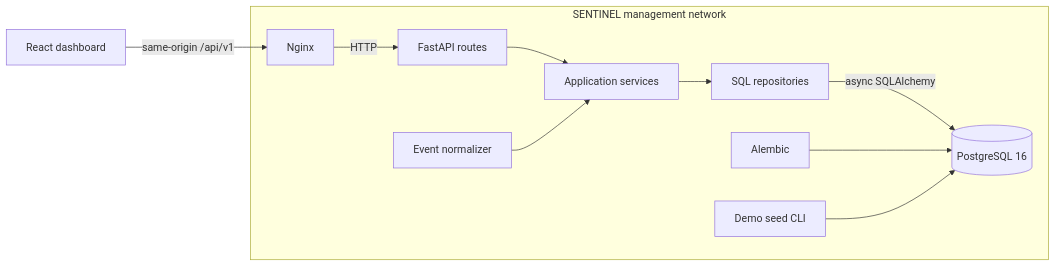
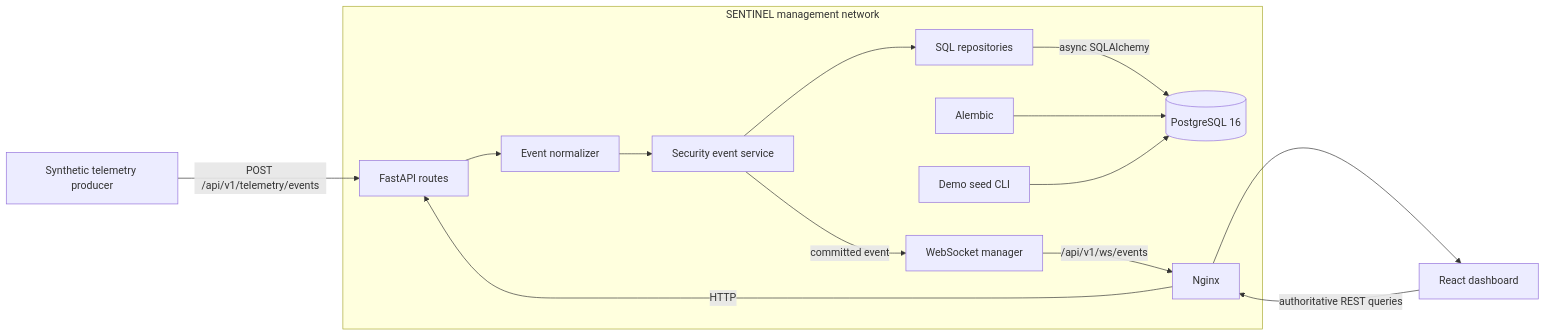
Before and after one commit to Mayroskapnos/sentinel-security-platform: the first of 4 diagrams in docs/architecture.md, drawn with Mermaid. The commit also changed other lines of this file and 38 other files, not shown here.

Commit message:
feat: implement live telemetry and WebSocket streaming

````diff
--- a/docs/architecture.md
+++ b/docs/architecture.md
@@ -7,22 +7,27 @@
 ```mermaid
 flowchart LR
-    Browser[React dashboard] -->|same-origin /api/v1| Proxy[Nginx]
-    Proxy -->|HTTP| API[FastAPI routes]
-    API --> Service[Application services]
+    Producer[Synthetic telemetry producer] -->|POST /api/v1/telemetry/events| API[FastAPI routes]
+    API --> Normalizer[Event normalizer]
+    Normalizer --> Service[Security event service]
     Service --> Repository[SQL repositories]
     Repository -->|async SQLAlchemy| DB[(PostgreSQL 16)]
-    Normalizer[Event normalizer] --> Service
+    Service -->|committed event| WS[WebSocket manager]
+    WS -->|/api/v1/ws/events| Proxy[Nginx]
+    Proxy --> Browser[React dashboard]
+    Browser -->|authoritative REST queries| Proxy
+    Proxy -->|HTTP| API
     Migration[Alembic] --> DB
     Seeder[Demo seed CLI] --> DB
 
     subgraph Docker[SENTINEL management network]
         Proxy
         API
         Service
         Repository
         Normalizer
+        WS
         DB
         Migration
         Seeder
     end
 ```
````
